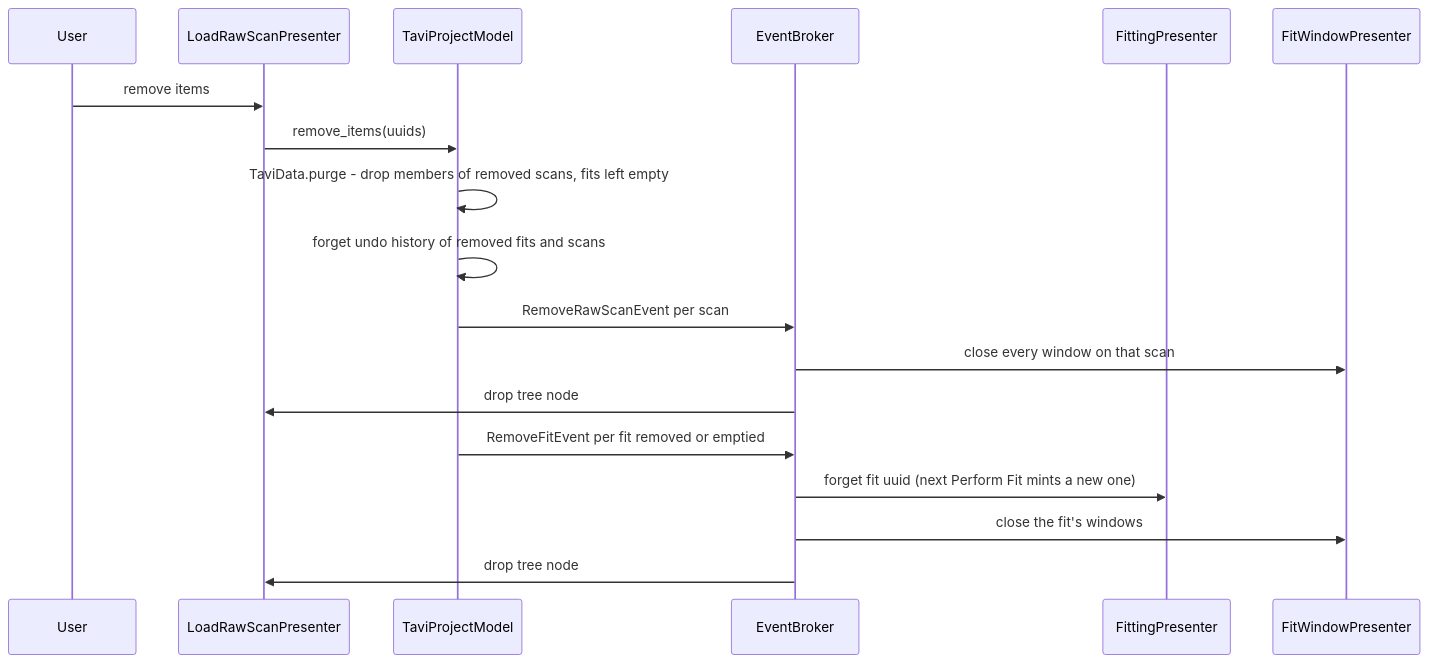
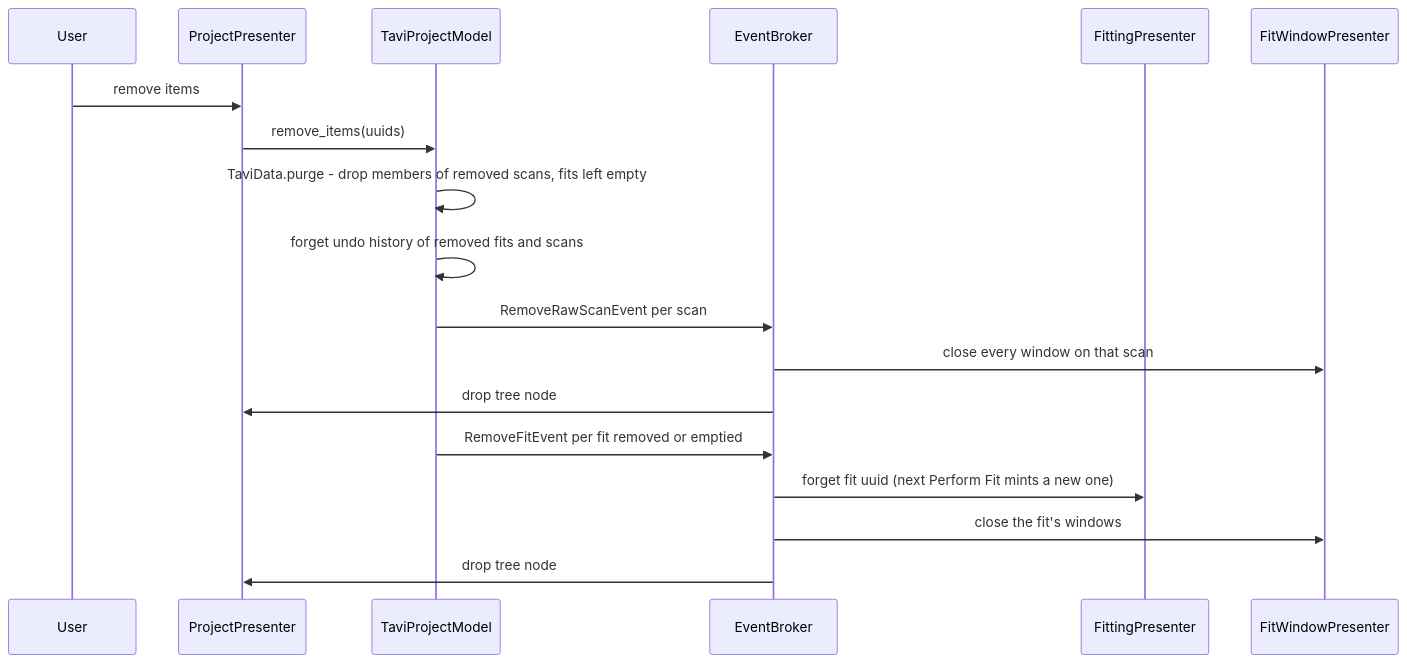
One commit to neutrons/TAVI changed the seventh of 7 diagrams in docs/source/design/frontend/fit_data_model.rst. Above: the diagram before and after it, drawn with Mermaid. The commit also changed other lines of this file and 33 other files, not shown here.

```diff
--- a/docs/source/design/frontend/fit_data_model.rst
+++ b/docs/source/design/frontend/fit_data_model.rst
@@ -522,21 +522,21 @@
 .. mermaid::
 
     sequenceDiagram
         participant User
-        participant LoadRawScanPresenter
+        participant ProjectPresenter
         participant TaviProjectModel
         participant EventBroker
         participant FittingPresenter
         participant FitWindowPresenter
 
-        User ->> LoadRawScanPresenter: remove items
-        LoadRawScanPresenter ->> TaviProjectModel: remove_items(uuids)
+        User ->> ProjectPresenter: remove items
+        ProjectPresenter ->> TaviProjectModel: remove_items(uuids)
         TaviProjectModel ->> TaviProjectModel: TaviData.purge - drop members of removed scans, fits left empty
         TaviProjectModel ->> TaviProjectModel: forget undo history of removed fits and scans
         TaviProjectModel ->> EventBroker: RemoveRawScanEvent per scan
         EventBroker ->> FitWindowPresenter: close every window on that scan
-        EventBroker ->> LoadRawScanPresenter: drop tree node
+        EventBroker ->> ProjectPresenter: drop tree node
         TaviProjectModel ->> EventBroker: RemoveFitEvent per fit removed or emptied
         EventBroker ->> FittingPresenter: forget fit uuid (next Perform Fit mints a new one)
         EventBroker ->> FitWindowPresenter: close the fit's windows
-        EventBroker ->> LoadRawScanPresenter: drop tree node
+        EventBroker ->> ProjectPresenter: drop tree node
```
